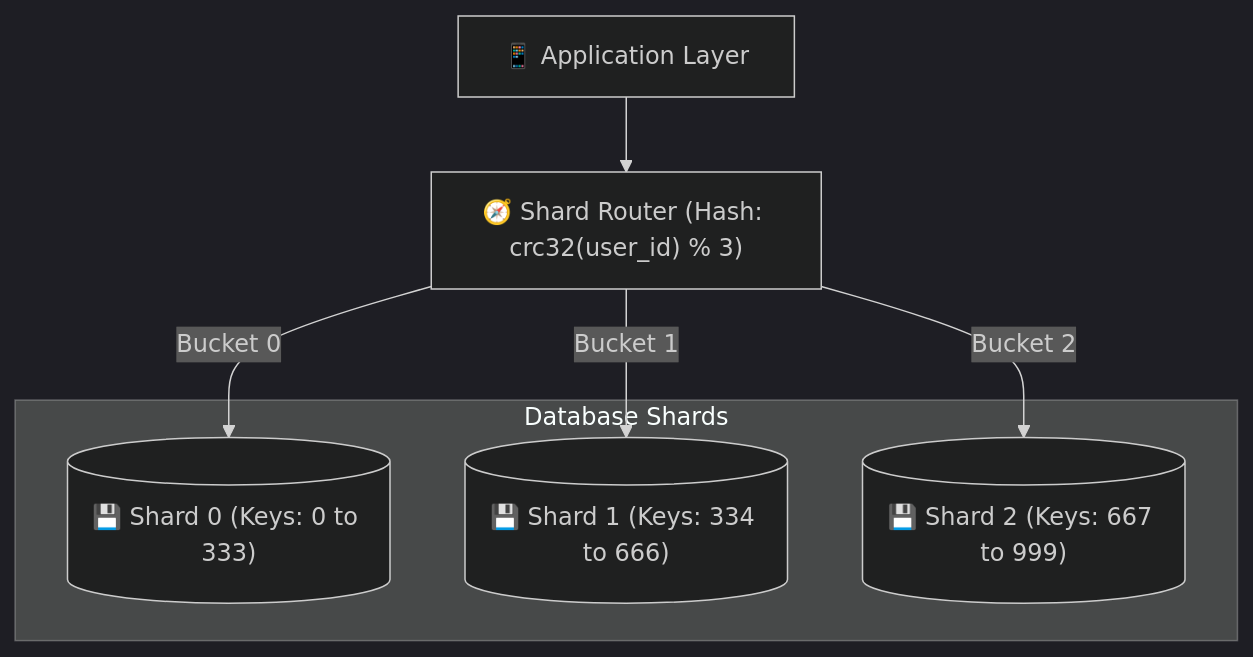
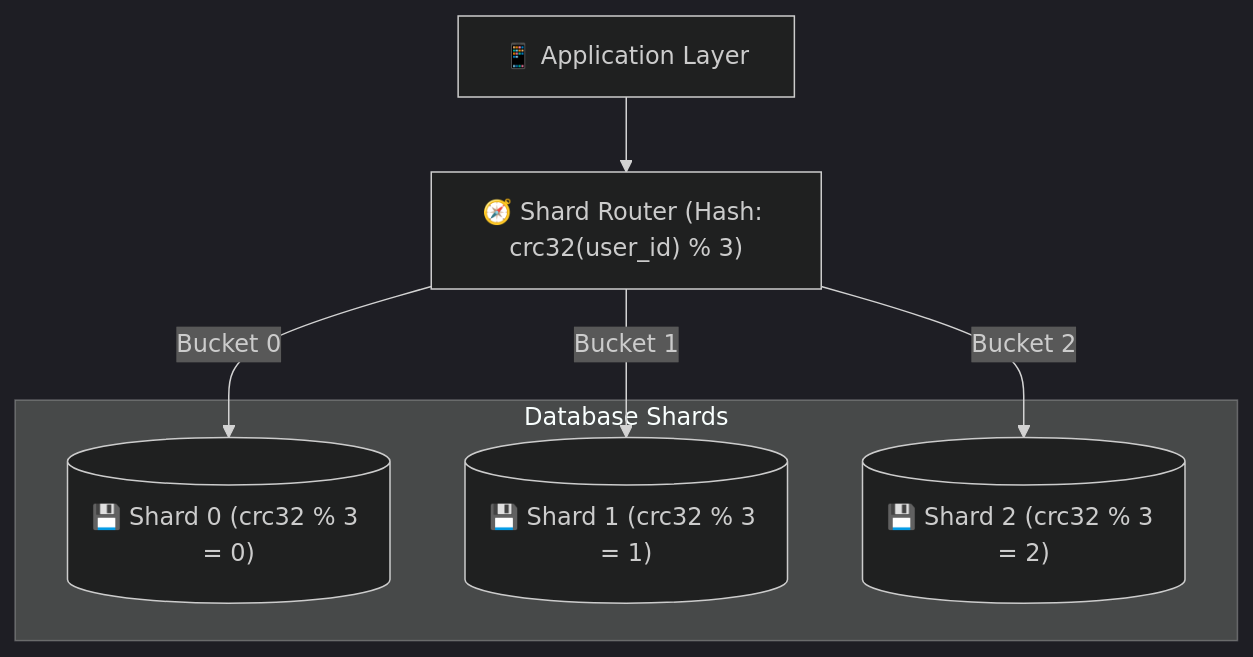
Before and after one commit to Aniketchavan7/system-design-illustrated: the diagram in 08-database-partitioning/README.md, drawn with Mermaid (dark theme). The commit also changed other lines of this file and 26 other files, not shown here.

Commit message:
fix: correct factual errors, broken diagrams and formulas; replace generic trade-offs with topic-specific ones

````diff
--- a/08-database-partitioning/README.md
+++ b/08-database-partitioning/README.md
@@ -14,14 +14,14 @@
 ```mermaid
 flowchart TD
     Client["📱 Application Layer"] --> Router["🧭 Shard Router (Hash: crc32(user_id) % 3)"]
 
     subgraph ShardFleet["Database Shards"]
-        S0[("💾 Shard 0 (Keys: 0 to 333)")]
-        S1[("💾 Shard 1 (Keys: 334 to 666)")]
-        S2[("💾 Shard 2 (Keys: 667 to 999)")]
+        S0[("💾 Shard 0 (crc32 % 3 = 0)")]
+        S1[("💾 Shard 1 (crc32 % 3 = 1)")]
+        S2[("💾 Shard 2 (crc32 % 3 = 2)")]
     end
 
     Router -->|Bucket 0| S0
     Router -->|Bucket 1| S1
     Router -->|Bucket 2| S2
 ```
````
